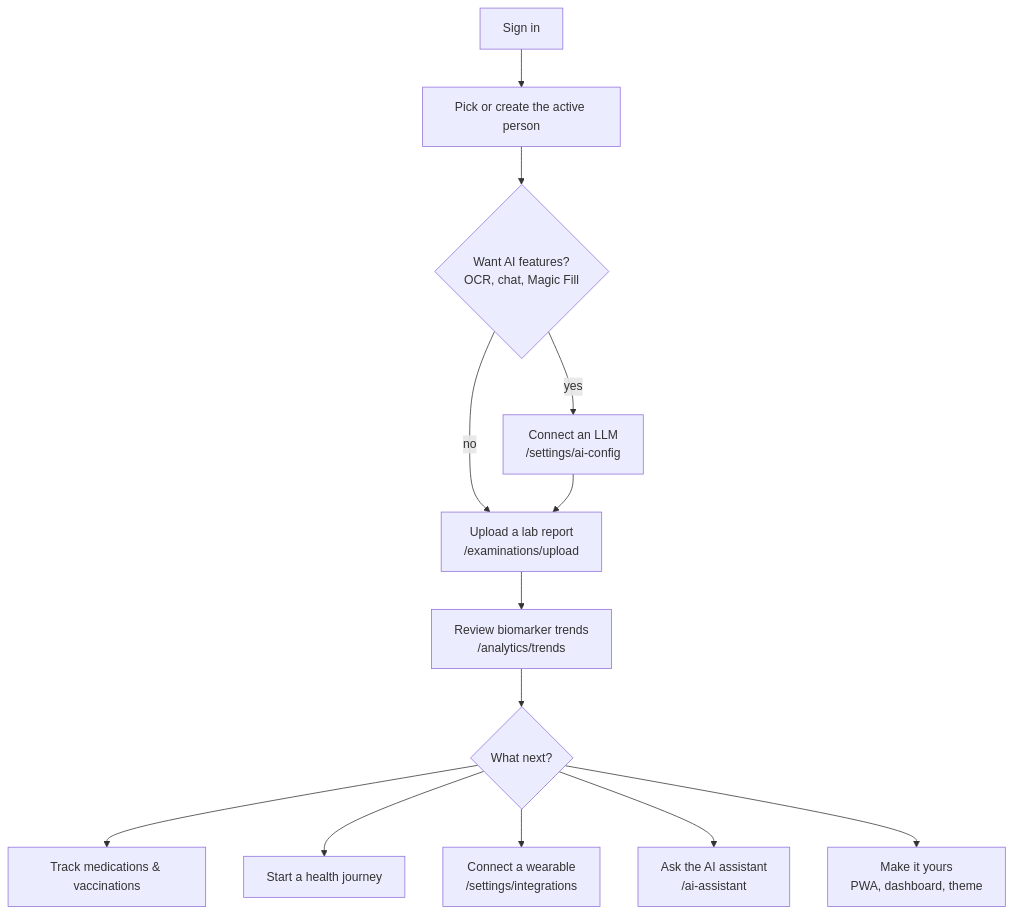
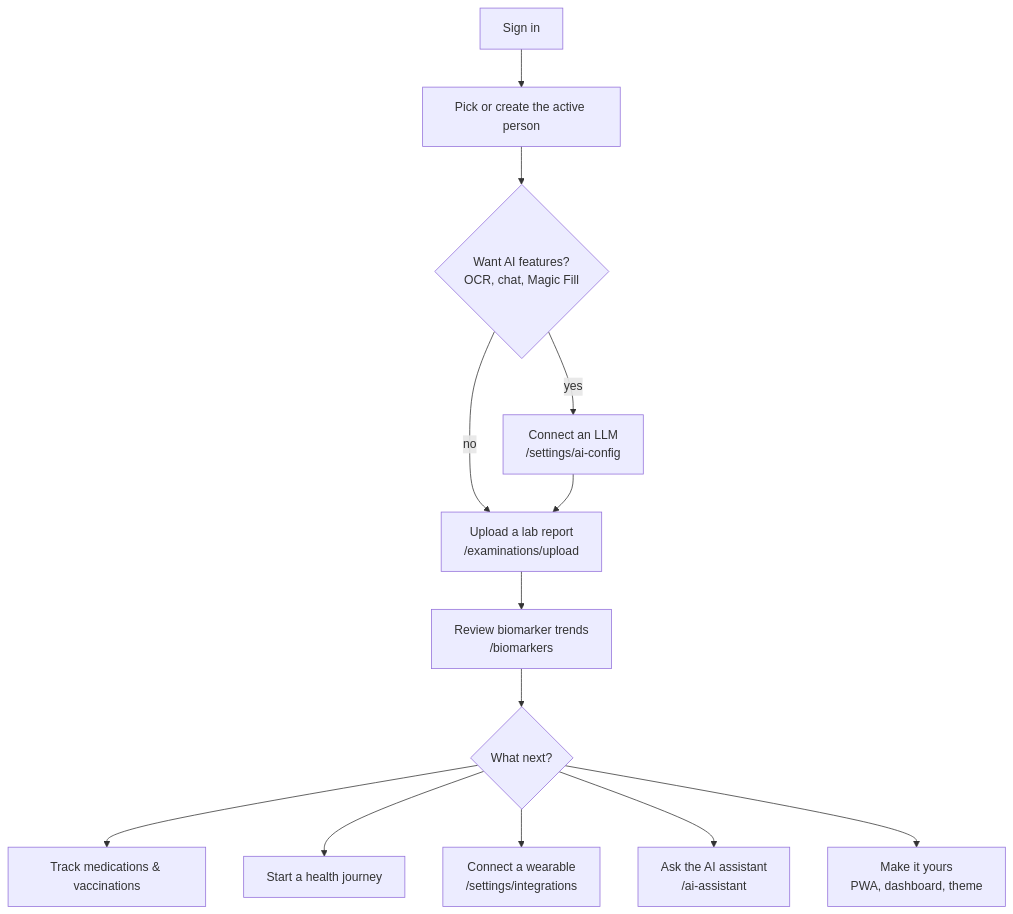
One commit to health-assistant-io/health-assistant changed the first of 2 diagrams in docs/GETTING_STARTED_GUIDE.md. Above: the diagram before and after it, drawn with Mermaid. The commit also changed other lines of this file and 10 other files, not shown here.

First line of the commit message:
refactor(frontend): move biomarkers page from /analytics/trends to /biomarkers

````diff
--- a/docs/GETTING_STARTED_GUIDE.md
+++ b/docs/GETTING_STARTED_GUIDE.md
@@ -10,15 +10,15 @@
 ```mermaid
 flowchart TD
     A[Sign in] --> B[Pick or create the active person]
     B --> C{Want AI features?<br/>OCR, chat, Magic Fill}
     C -- yes --> D[Connect an LLM<br/>/settings/ai-config]
     C -- no --> E
     D --> E[Upload a lab report<br/>/examinations/upload]
-    E --> F[Review biomarker trends<br/>/analytics/trends]
+    E --> F[Review biomarker trends<br/>/biomarkers]
     F --> G{What next?}
     G --> H[Track medications & vaccinations]
     G --> I[Start a health journey]
     G --> J[Connect a wearable<br/>/settings/integrations]
     G --> K[Ask the AI assistant<br/>/ai-assistant]
     G --> L[Make it yours<br/>PWA, dashboard, theme]
 ```
````
